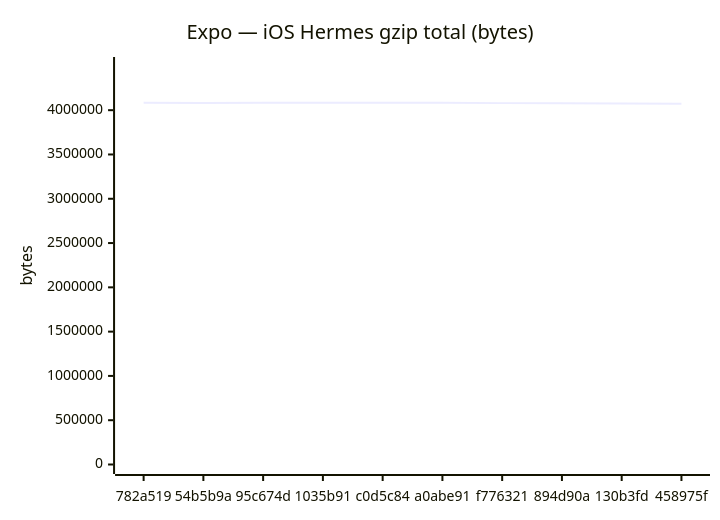
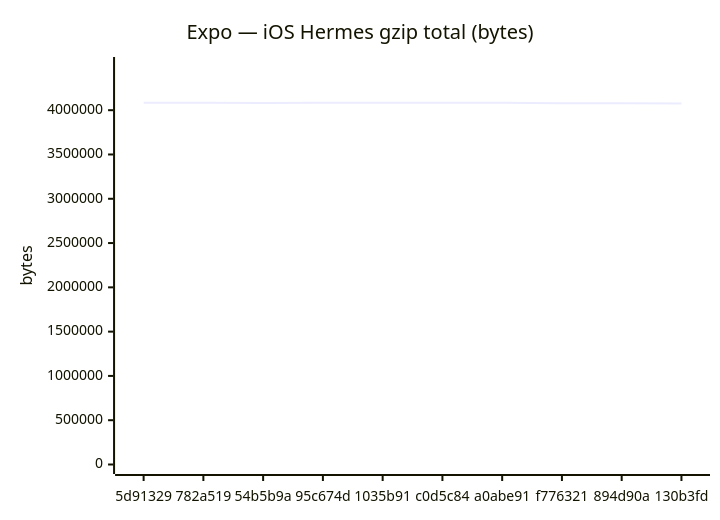
The sixth of 18 diagrams in benchmarks/compare.md (Metaheurist/Rianell), drawn with Mermaid before and after one commit. The commit also changed other lines of this file and 11 other files, not shown here.

````diff
--- a/benchmarks/compare.md
+++ b/benchmarks/compare.md
@@ -96,7 +96,7 @@
 ```mermaid
 xychart-beta
     title "Expo — iOS Hermes gzip total (bytes)"
-    x-axis ["782a519", "54b5b9a", "95c674d", "1035b91", "c0d5c84", "a0abe91", "f776321", "894d90a", "130b3fd", "458975f"]
-    y-axis "bytes" 0 --> 4493145
-    line [4084677, 4082348, 4083105, 4083108, 4083106, 4083107, 4079675, 4079243, 4074172, 4073443]
+    x-axis ["5d91329", "782a519", "54b5b9a", "95c674d", "1035b91", "c0d5c84", "a0abe91", "f776321", "894d90a", "130b3fd"]
+    y-axis "bytes" 0 --> 4493286
+    line [4084805, 4084677, 4082348, 4083105, 4083108, 4083106, 4083107, 4079675, 4079243, 4074172]
 ```
````
